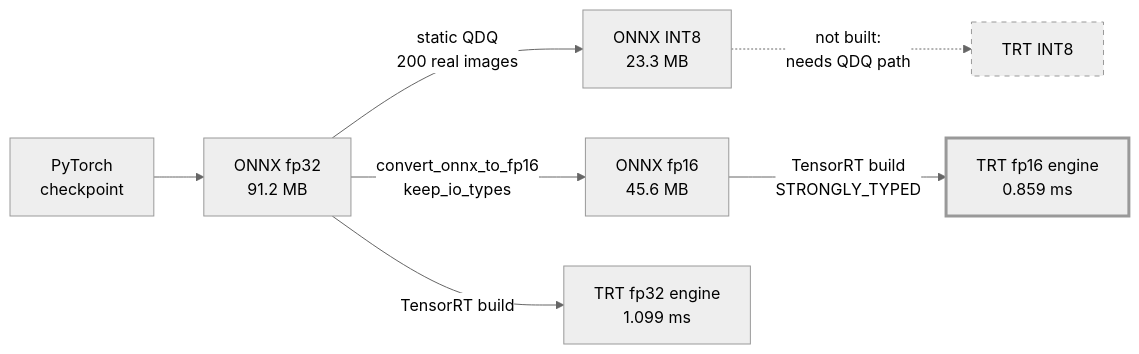
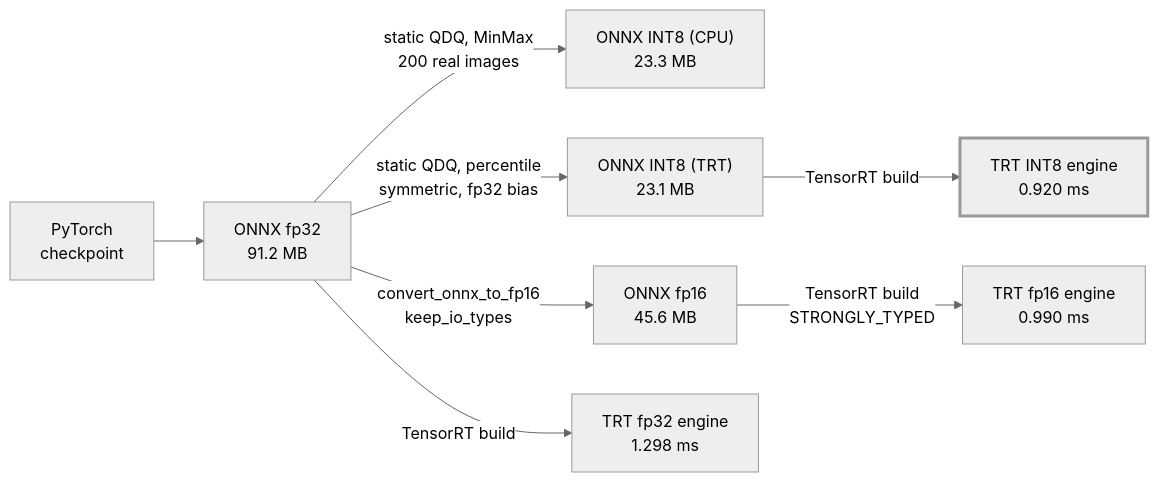
One commit to pankaj29/ML-Engineer-Challenge changed the first of 3 diagrams in docs/TECHNICAL.md. Above: the diagram before and after it, drawn with Mermaid (neutral theme). The commit also changed other lines of this file and 7 other files, not shown here.

````diff
--- a/docs/TECHNICAL.md
+++ b/docs/TECHNICAL.md
@@ -89,12 +89,12 @@
 ```mermaid
 flowchart LR
     T["PyTorch<br/>checkpoint"] --> O["ONNX fp32<br/>91.2 MB"]
-    O -->|"static QDQ<br/>200 real images"| Q["ONNX INT8<br/>23.3 MB"]
+    O -->|"static QDQ, MinMax<br/>200 real images"| Q["ONNX INT8 (CPU)<br/>23.3 MB"]
+    O -->|"static QDQ, percentile<br/>symmetric, fp32 bias"| QT["ONNX INT8 (TRT)<br/>23.1 MB"]
     O -->|"convert_onnx_to_fp16<br/>keep_io_types"| H["ONNX fp16<br/>45.6 MB"]
-    O -->|"TensorRT build"| E32["TRT fp32 engine<br/>1.099 ms"]
-    H -->|"TensorRT build<br/>STRONGLY_TYPED"| E16["TRT fp16 engine<br/>0.859 ms"]
-    Q -.->|"not built:<br/>needs QDQ path"| EI["TRT INT8"]
+    O -->|"TensorRT build"| E32["TRT fp32 engine<br/>1.298 ms"]
+    H -->|"TensorRT build<br/>STRONGLY_TYPED"| E16["TRT fp16 engine<br/>0.990 ms"]
+    QT -->|"TensorRT build"| EI["TRT INT8 engine<br/>0.920 ms"]
 
-    style E16 stroke-width:3px
-    style EI stroke-dasharray: 5 5
+    style EI stroke-width:3px
 ```
````
